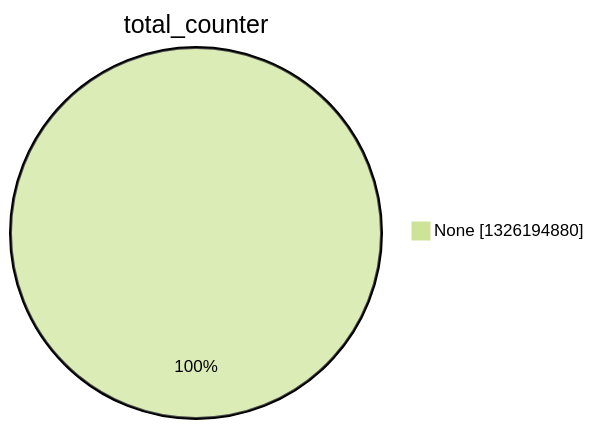
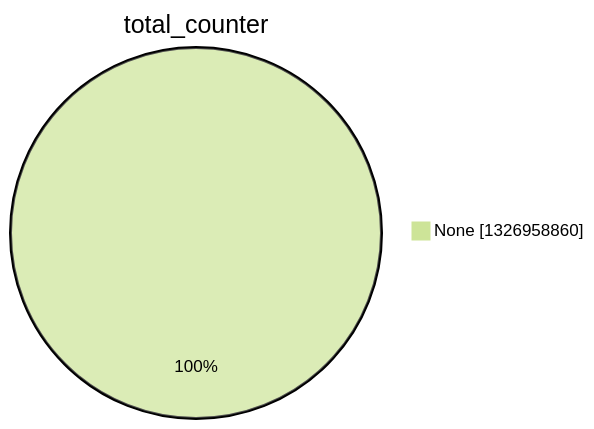
The second of 15 diagrams in argon2022/README.md (christiankrug/ctmonitor_visualization), drawn with Mermaid (forest theme) before and after one commit. The commit also changed other lines of this file, not shown here.

````diff
--- a/argon2022/README.md
+++ b/argon2022/README.md
@@ -9,5 +9,5 @@
 ```mermaid
 pie showData
 title total_counter
-"None" :1326194880
+"None" :1326958860
 ```
````
